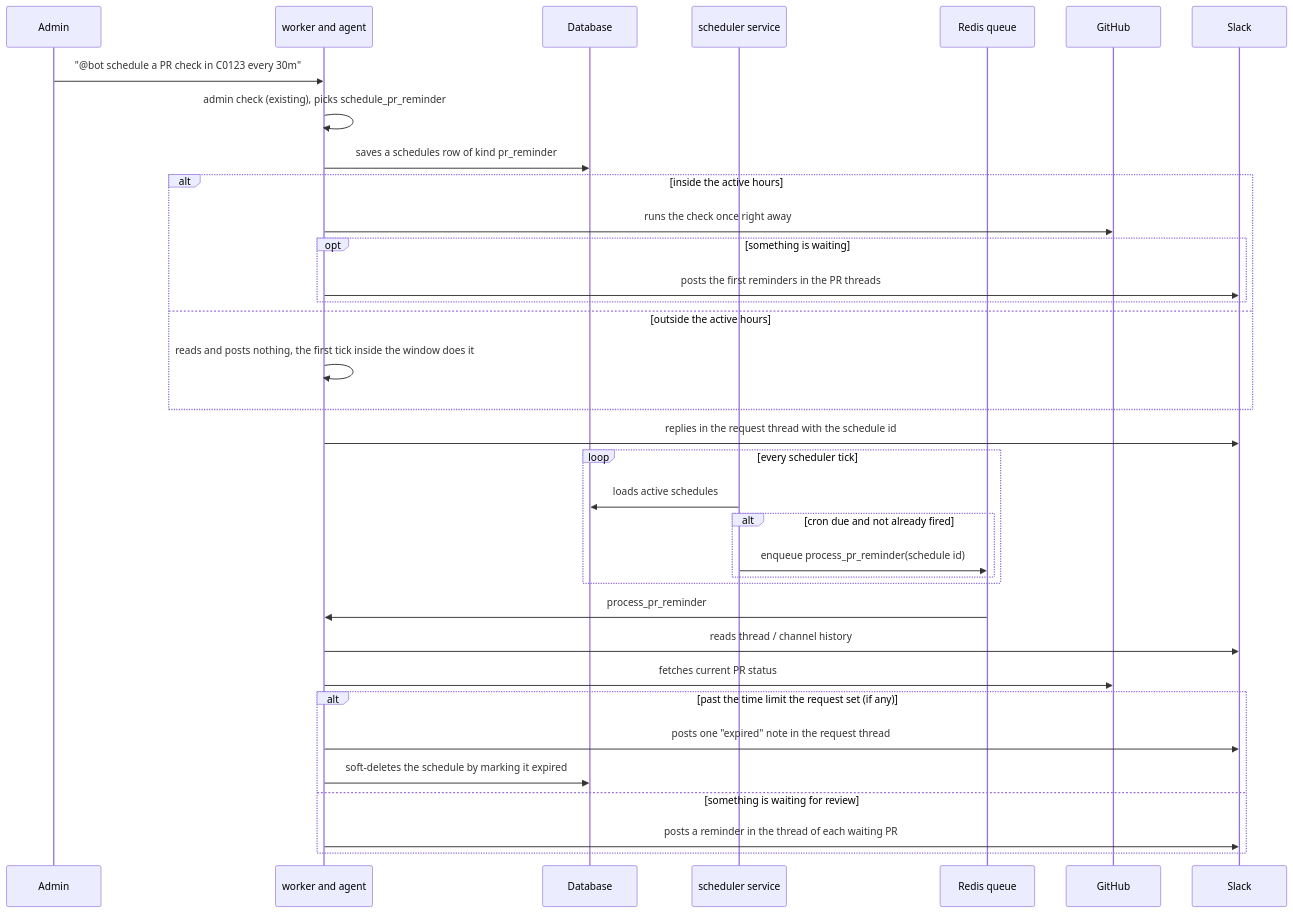
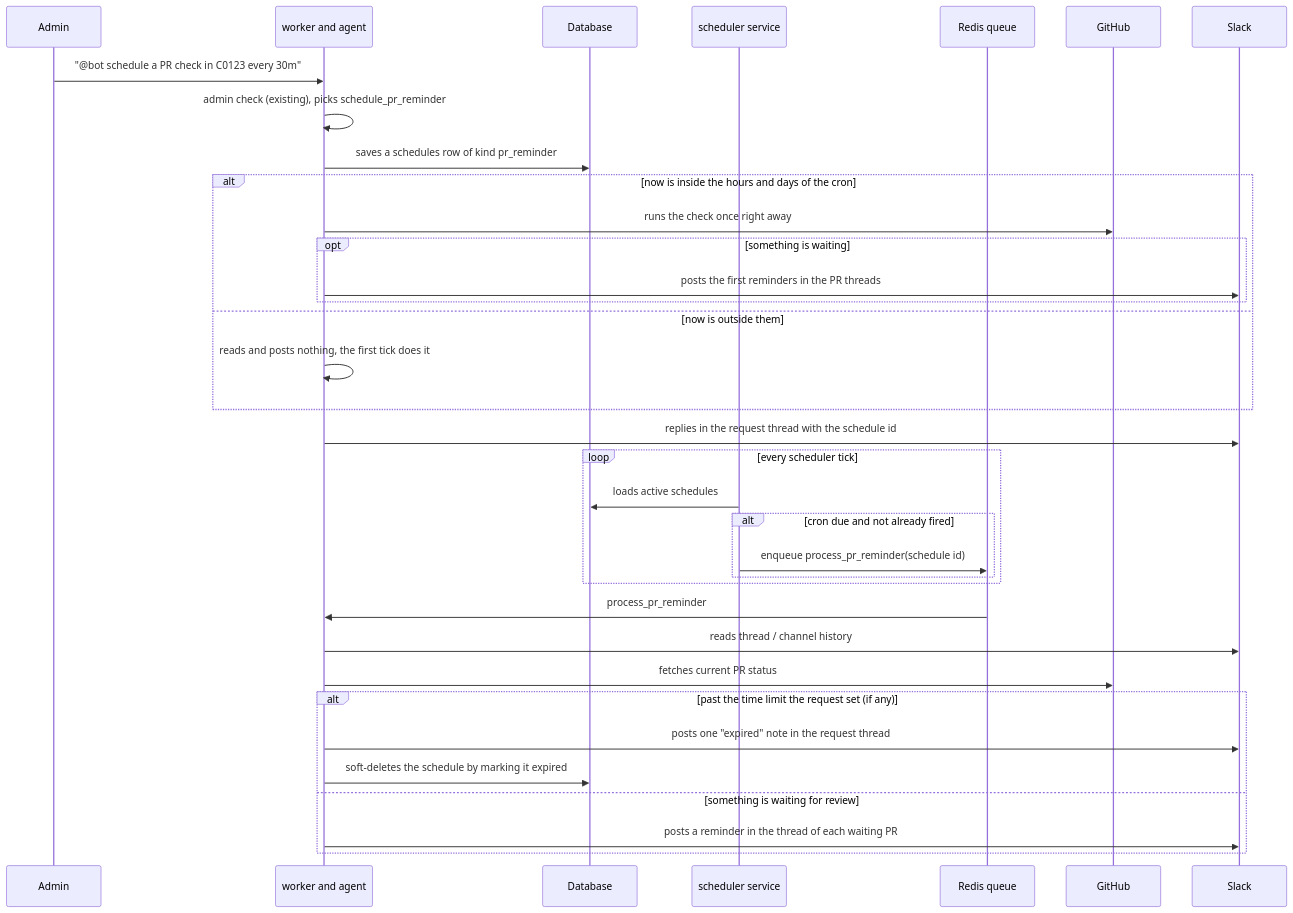
One commit to HungNguyen501/agentic-slack-bot changed the second of 3 diagrams in docs/pr_review_reminders.md. Above: the diagram before and after it, drawn with Mermaid. The commit also changed other lines of this file and 30 other files, not shown here.

````diff
--- a/docs/pr_review_reminders.md
+++ b/docs/pr_review_reminders.md
@@ -100,40 +102,40 @@
 ```mermaid
 sequenceDiagram
     participant Admin
     participant Agent as worker and agent
     participant Database
     participant Scheduler as scheduler service
     participant Queue as Redis queue
     participant GitHub
     participant Slack
 
     Admin->>Agent: "@bot schedule a PR check in C0123 every 30m"
     Agent->>Agent: admin check (existing), picks schedule_pr_reminder
     Agent->>Database: saves a schedules row of kind pr_reminder
-    alt inside the active hours
+    alt now is inside the hours and days of the cron
         Agent->>GitHub: runs the check once right away
         opt something is waiting
             Agent->>Slack: posts the first reminders in the PR threads
         end
-    else outside the active hours
-        Agent->>Agent: reads and posts nothing, the first tick inside the window does it
+    else now is outside them
+        Agent->>Agent: reads and posts nothing, the first tick does it
     end
     Agent->>Slack: replies in the request thread with the schedule id
 
     loop every scheduler tick
         Scheduler->>Database: loads active schedules
         alt cron due and not already fired
             Scheduler->>Queue: enqueue process_pr_reminder(schedule id)
         end
     end
 
     Queue->>Agent: process_pr_reminder
     Agent->>Slack: reads thread / channel history
     Agent->>GitHub: fetches current PR status
     alt past the time limit the request set (if any)
         Agent->>Slack: posts one "expired" note in the request thread
         Agent->>Database: soft-deletes the schedule by marking it expired
     else something is waiting for review
         Agent->>Slack: posts a reminder in the thread of each waiting PR
     end
 ```
````
